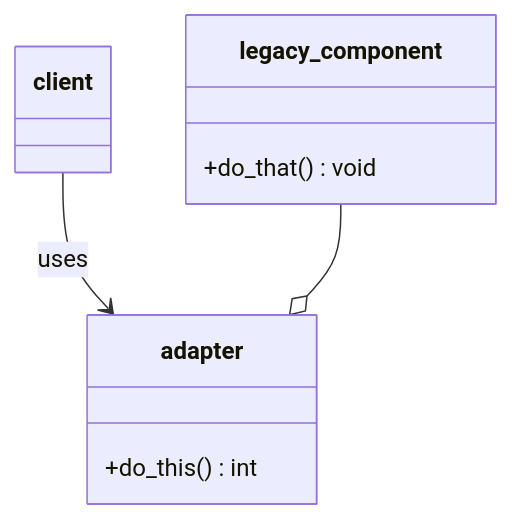
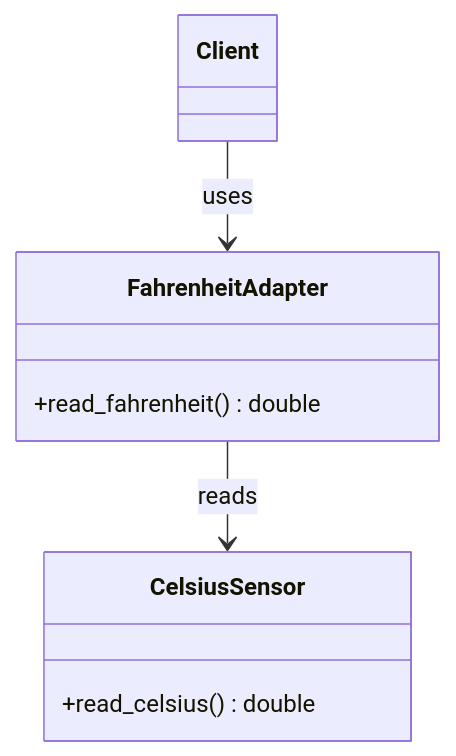
Before and after one commit to DaveParillo/cisc187-reader: the diagram in src/stack/adapter.rst, drawn with Mermaid. The commit also changed other lines of this file and 3 other files, not shown here.

```diff
--- a/src/stack/adapter.rst
+++ b/src/stack/adapter.rst
@@ -52,13 +41,13 @@
 .. mermaid::
-   :alt: The adapter pattern UML diagram
+   :alt: Client uses a temperature adapter that forwards to a Celsius sensor
    :align: center
 
    classDiagram
-      client --> adapter : uses
-      legacy_component --o adapter
-      class adapter {
-         +do_this() int
+      Client --> FahrenheitAdapter : uses
+      FahrenheitAdapter --> CelsiusSensor : reads
+      class FahrenheitAdapter {
+         +read_fahrenheit() double
       }
-      class legacy_component {
-         +do_that() void
+      class CelsiusSensor {
+         +read_celsius() double
       }
```
